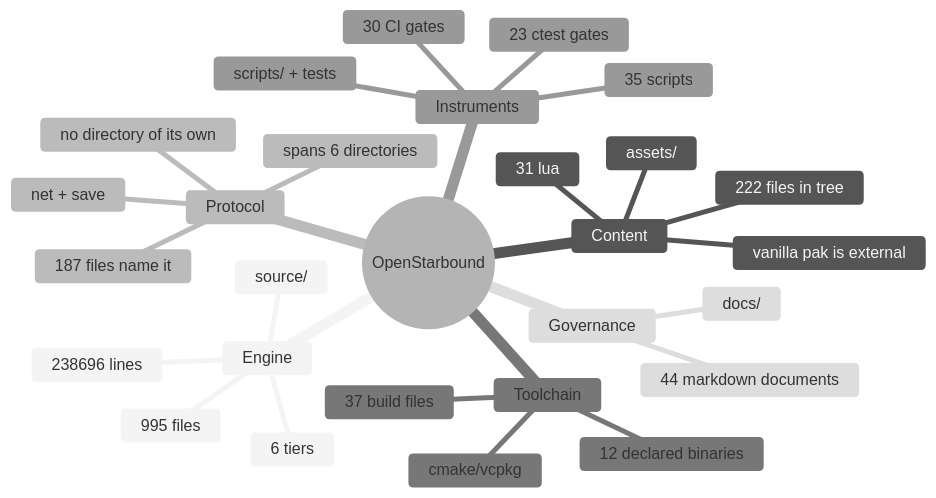
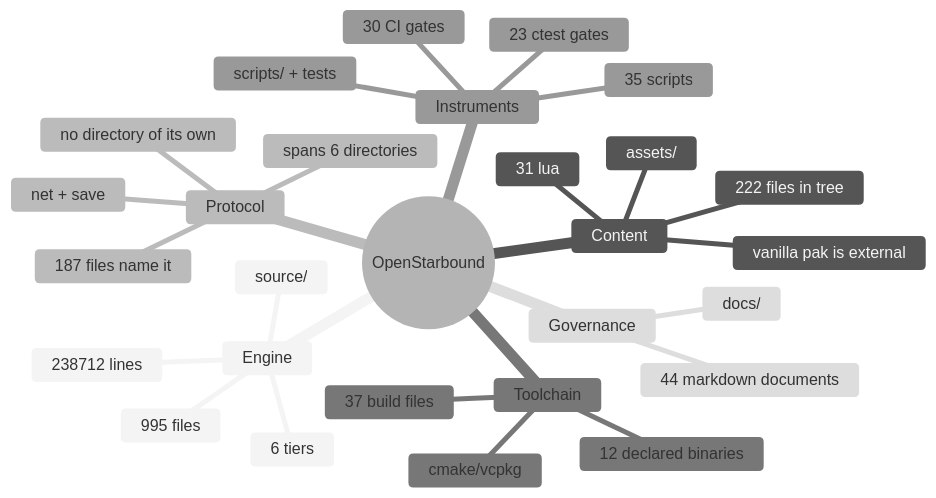
One commit to apnex/OpenStarbound changed the second of 11 diagrams in docs/architecture/system-boundaries.md. Above: the diagram before and after it, drawn with Mermaid (neutral theme). The commit also changed other lines of this file and 1 other file, not shown here.

````diff
--- a/docs/architecture/system-boundaries.md
+++ b/docs/architecture/system-boundaries.md
@@ -166,31 +166,31 @@
 ```mermaid
 mindmap
   root((OpenStarbound))
     Engine
       source/
       995 files
-      238696 lines
+      238712 lines
       6 tiers
     Content
       assets/
       222 files in tree
       31 lua
       vanilla pak is external
     Protocol
       net + save
       187 files name it
       spans 6 directories
       no directory of its own
     Toolchain
       cmake/vcpkg
       37 build files
       12 declared binaries
     Instruments
       scripts/ + tests
       35 scripts
       23 ctest gates
       30 CI gates
     Governance
       docs/
       44 markdown documents
 ```
````
